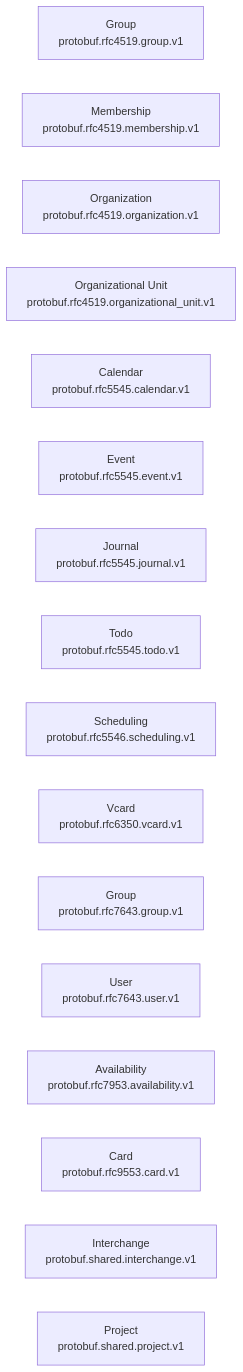
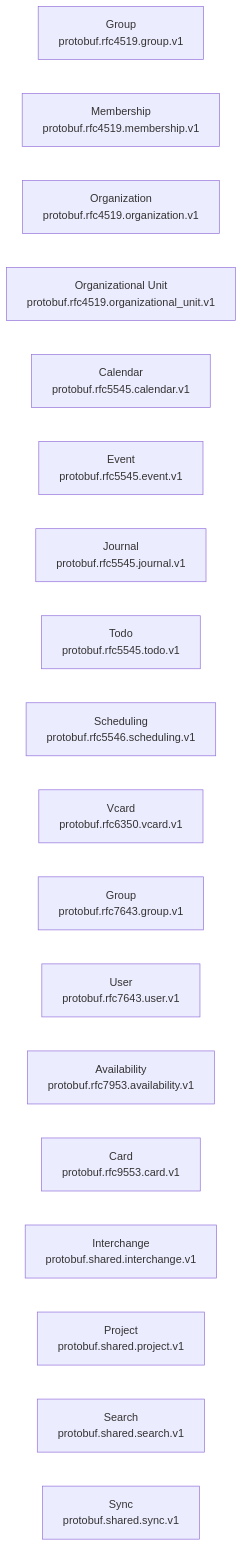
The diagram in protobuf/README.md (the-protobuf-project/protobuf-rfc), drawn with Mermaid before and after one commit. The commit also changed other lines of this file and 7 other files, not shown here.

Commit message:
feat: Add Search and Sync services with corresponding messages and documentation

````diff
--- a/protobuf/README.md
+++ b/protobuf/README.md
@@ -34,20 +36,22 @@
 ```mermaid
 graph LR
     protobuf_rfc4519_group_v1["Group<br/>protobuf.rfc4519.group.v1"]
     protobuf_rfc4519_membership_v1["Membership<br/>protobuf.rfc4519.membership.v1"]
     protobuf_rfc4519_organization_v1["Organization<br/>protobuf.rfc4519.organization.v1"]
     protobuf_rfc4519_organizational_unit_v1["Organizational Unit<br/>protobuf.rfc4519.organizational_unit.v1"]
     protobuf_rfc5545_calendar_v1["Calendar<br/>protobuf.rfc5545.calendar.v1"]
     protobuf_rfc5545_event_v1["Event<br/>protobuf.rfc5545.event.v1"]
     protobuf_rfc5545_journal_v1["Journal<br/>protobuf.rfc5545.journal.v1"]
     protobuf_rfc5545_todo_v1["Todo<br/>protobuf.rfc5545.todo.v1"]
     protobuf_rfc5546_scheduling_v1["Scheduling<br/>protobuf.rfc5546.scheduling.v1"]
     protobuf_rfc6350_vcard_v1["Vcard<br/>protobuf.rfc6350.vcard.v1"]
     protobuf_rfc7643_group_v1["Group<br/>protobuf.rfc7643.group.v1"]
     protobuf_rfc7643_user_v1["User<br/>protobuf.rfc7643.user.v1"]
     protobuf_rfc7953_availability_v1["Availability<br/>protobuf.rfc7953.availability.v1"]
     protobuf_rfc9553_card_v1["Card<br/>protobuf.rfc9553.card.v1"]
     protobuf_shared_interchange_v1["Interchange<br/>protobuf.shared.interchange.v1"]
     protobuf_shared_project_v1["Project<br/>protobuf.shared.project.v1"]
+    protobuf_shared_search_v1["Search<br/>protobuf.shared.search.v1"]
+    protobuf_shared_sync_v1["Sync<br/>protobuf.shared.sync.v1"]
     %% no local cross-module imports
 ```
````
